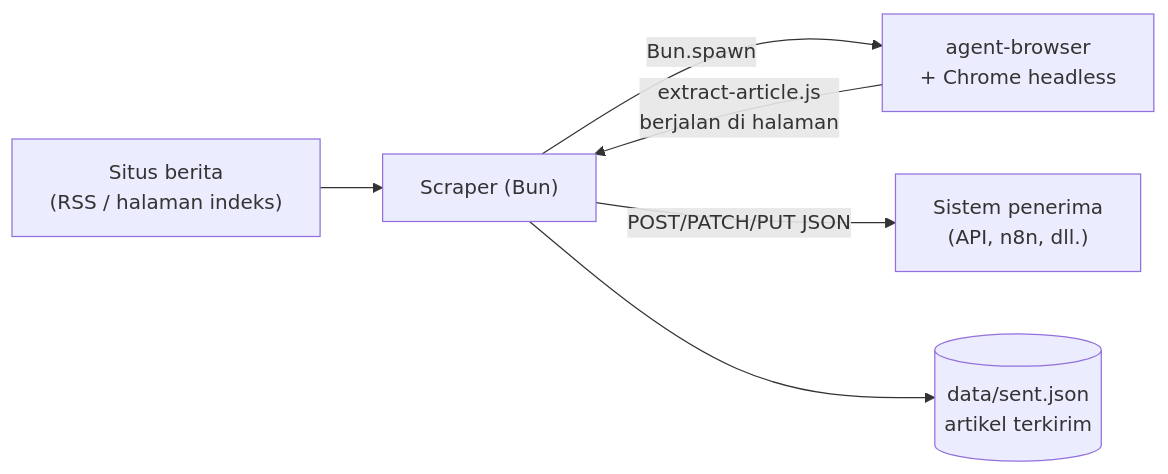
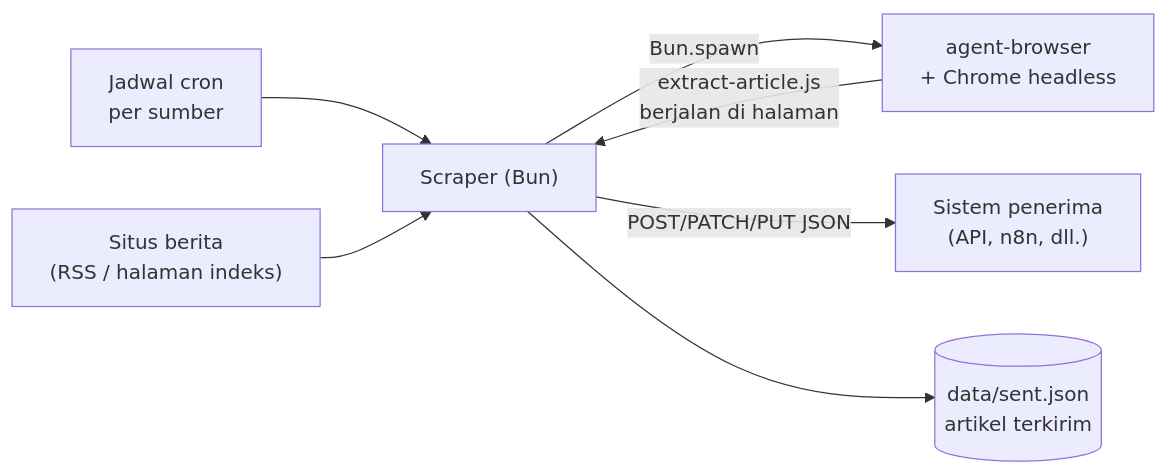
The diagram in README.md (adehikmatfr/news-scrap), drawn with Mermaid before and after one commit. The commit also changed other lines of this file and 35 other files, not shown here.

First line of the commit message:
Mode server dengan jadwal cron per sumber

````diff
--- a/README.md
+++ b/README.md
@@ -5,8 +5,9 @@
 ```mermaid
 flowchart LR
+    CR["Jadwal cron<br/>per sumber"] --> B
     A["Situs berita<br/>(RSS / halaman indeks)"] --> B["Scraper (Bun)"]
     B -- "Bun.spawn" --> C["agent-browser<br/>+ Chrome headless"]
     C -- "extract-article.js<br/>berjalan di halaman" --> B
     B -- "POST/PATCH/PUT JSON" --> D["Sistem penerima<br/>(API, n8n, dll.)"]
     B --> E[("data/sent.json<br/>artikel terkirim")]
 ```
````
